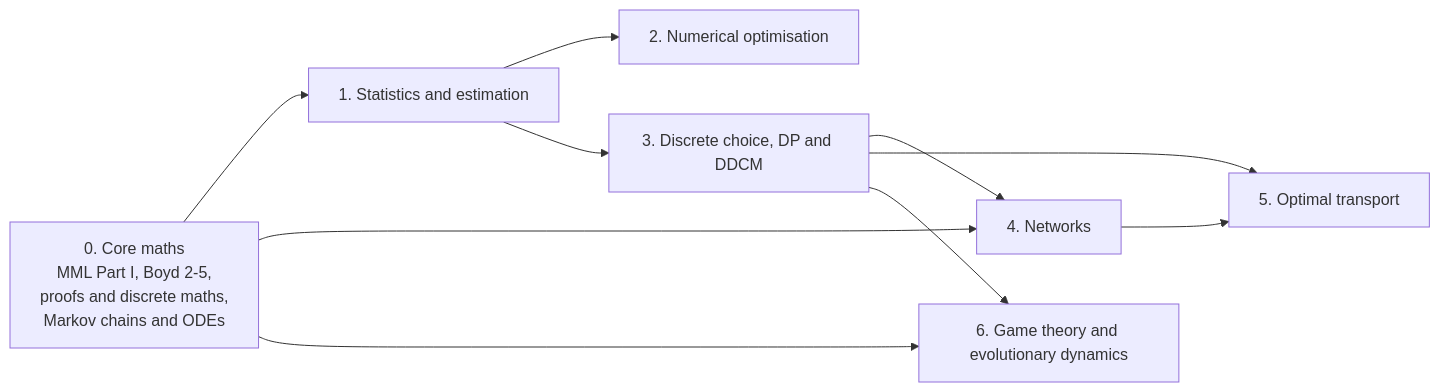
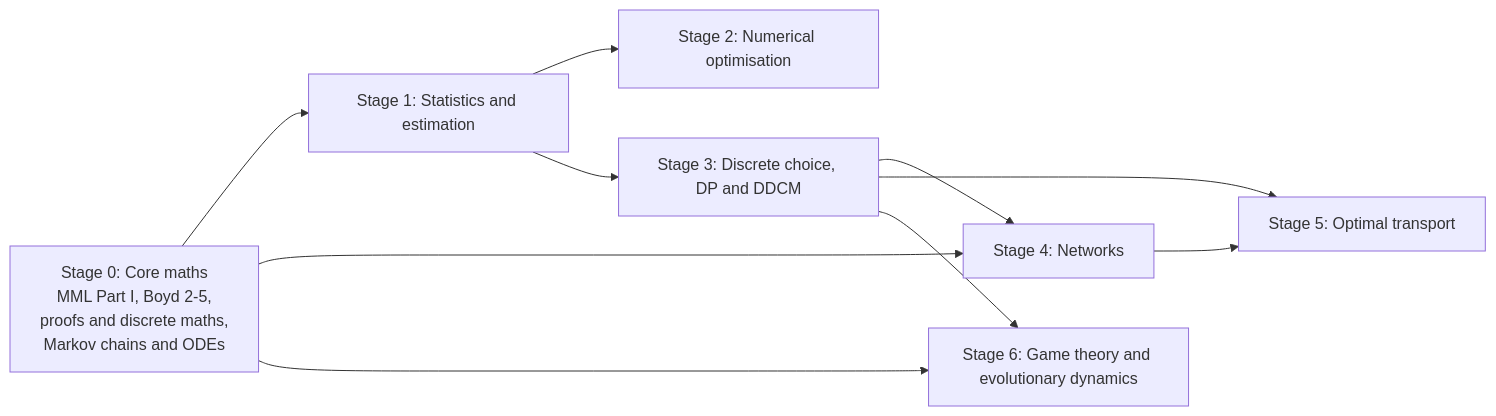
One commit to azwanazamuddin/reports changed the first of 2 diagrams in content/phd/2026-11-16-weekly-progress.md. Above: the diagram before and after it, drawn with Mermaid.

Commit message:
Weekly progress 16 November: roadmap diagram labels without list numbering

````diff
--- a/content/phd/2026-11-16-weekly-progress.md
+++ b/content/phd/2026-11-16-weekly-progress.md
@@ -245,12 +245,12 @@
 ```mermaid
 flowchart LR
-  S0["0. Core maths<br/>MML Part I, Boyd 2-5,<br/>proofs and discrete maths,<br/>Markov chains and ODEs"] --> S1["1. Statistics and estimation"]
-  S1 --> S2["2. Numerical optimisation"]
-  S1 --> S3["3. Discrete choice, DP and DDCM"]
-  S3 --> S4["4. Networks"]
+  S0["Stage 0: Core maths<br/>MML Part I, Boyd 2-5,<br/>proofs and discrete maths,<br/>Markov chains and ODEs"] --> S1["Stage 1: Statistics and estimation"]
+  S1 --> S2["Stage 2: Numerical optimisation"]
+  S1 --> S3["Stage 3: Discrete choice, DP and DDCM"]
+  S3 --> S4["Stage 4: Networks"]
   S0 --> S4
-  S4 --> S5["5. Optimal transport"]
+  S4 --> S5["Stage 5: Optimal transport"]
   S3 --> S5
-  S3 --> S6["6. Game theory and evolutionary dynamics"]
+  S3 --> S6["Stage 6: Game theory and evolutionary dynamics"]
   S0 --> S6
 ```
````
